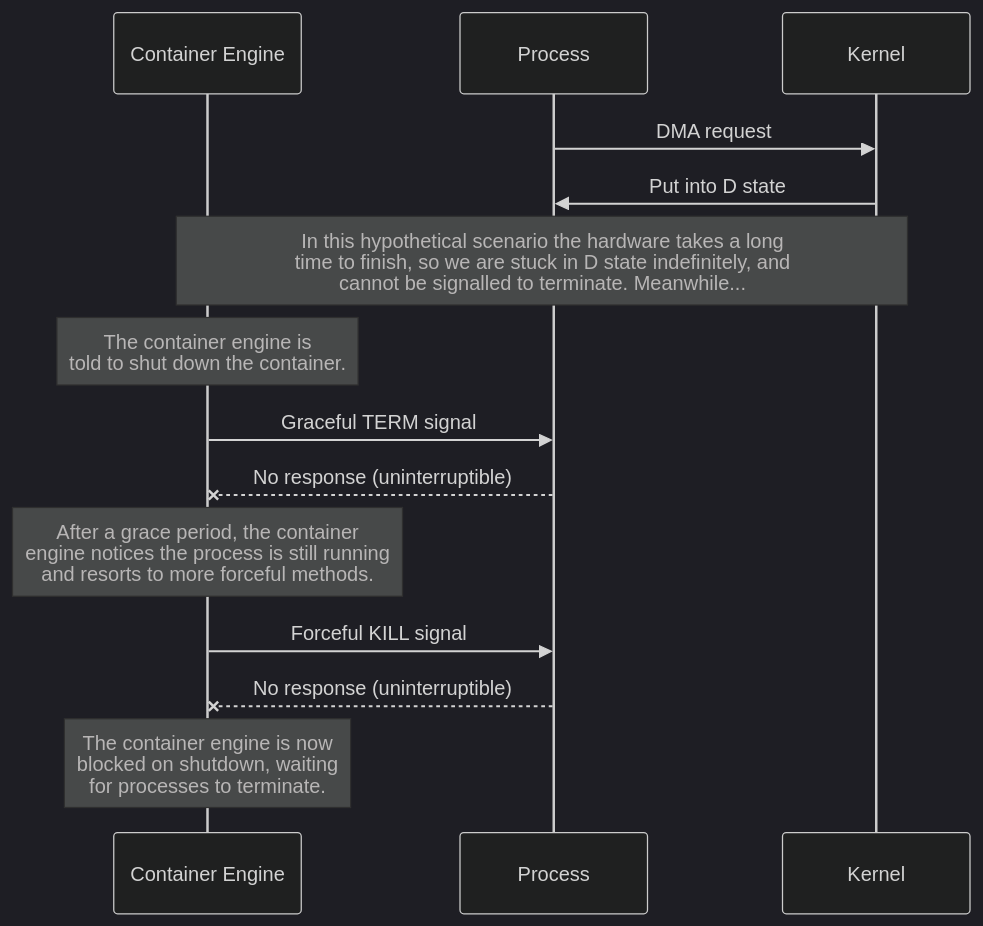
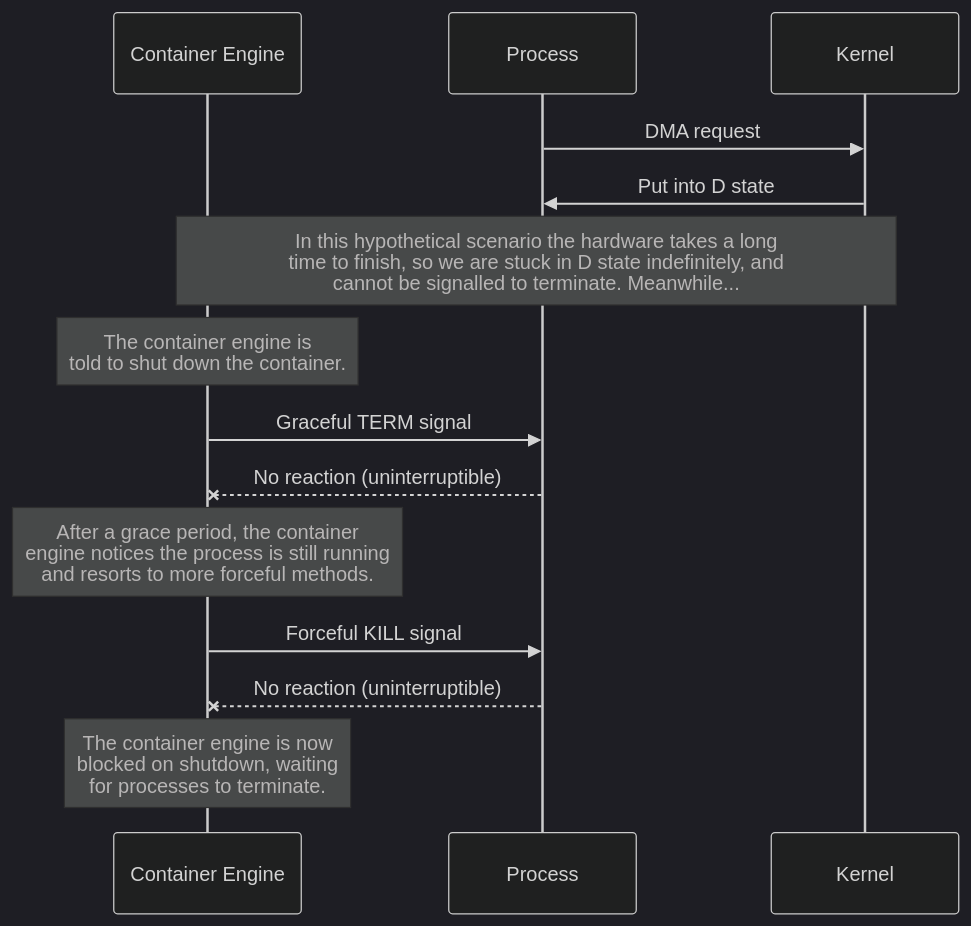
Before and after one commit to cdown/chrisdown.name: the diagram in _posts_todo/2024-01-23-reliably-creating-d-state-processes-on-demand.md, drawn with Mermaid (dark theme).

Commit message:
vfork: response -> reaction

```diff
--- a/_posts_todo/2024-01-23-reliably-creating-d-state-processes-on-demand.md
+++ b/_posts_todo/2024-01-23-reliably-creating-d-state-processes-on-demand.md
@@ -67,22 +67,22 @@
 <div class="mermaid">
 sequenceDiagram
     participant CE as Container Engine
     participant P as Process
     participant K as Kernel
 
     P->>K: DMA request
     K->>P: Put into D state
 
     Note over CE,K: In this hypothetical scenario the hardware takes a long<br>time to finish, so we are stuck in D state indefinitely, and<br>cannot be signalled to terminate. Meanwhile...
 
     Note over CE: The container engine is<br>told to shut down the container.
     CE->>P: Graceful TERM signal
-    P--xCE: No response (uninterruptible)
+    P--xCE: No reaction (uninterruptible)
 
     Note over CE: After a grace period, the container<br>engine notices the process is still running<br>and resorts to more forceful methods.
 
     CE->>P: Forceful KILL signal
-    P--xCE: No response (uninterruptible)
+    P--xCE: No reaction (uninterruptible)
 
     Note over CE: The container engine is now<br>blocked on shutdown, waiting<br>for processes to terminate.
 </div>
```
